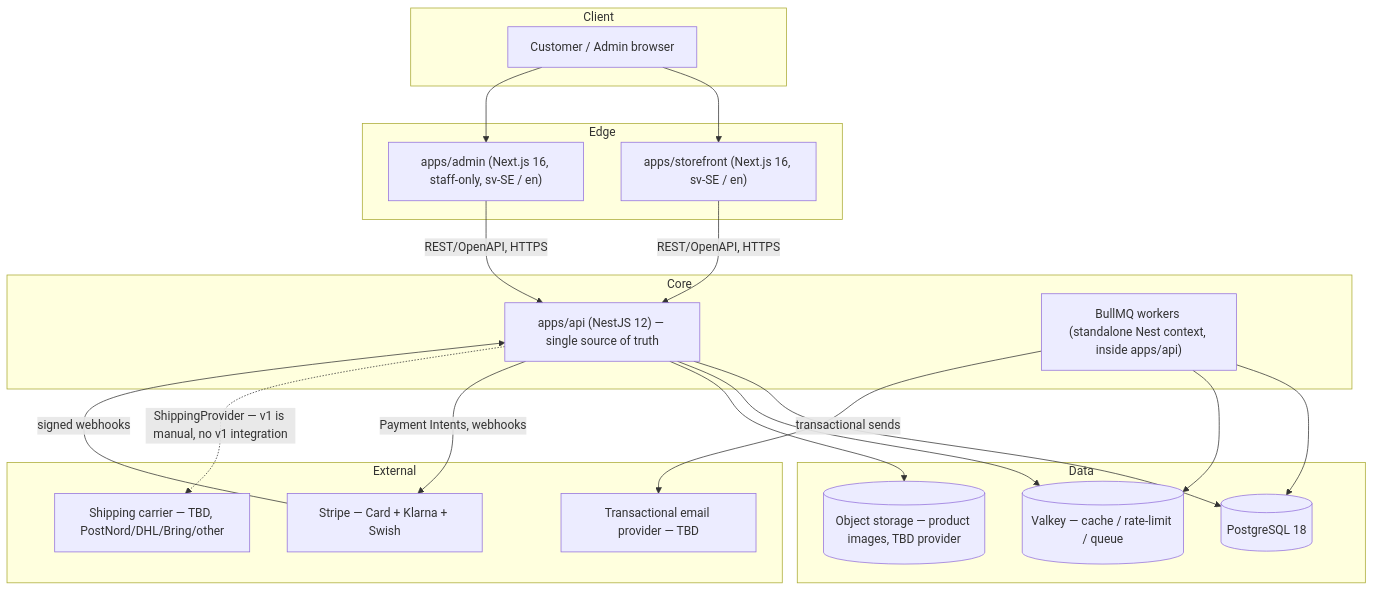
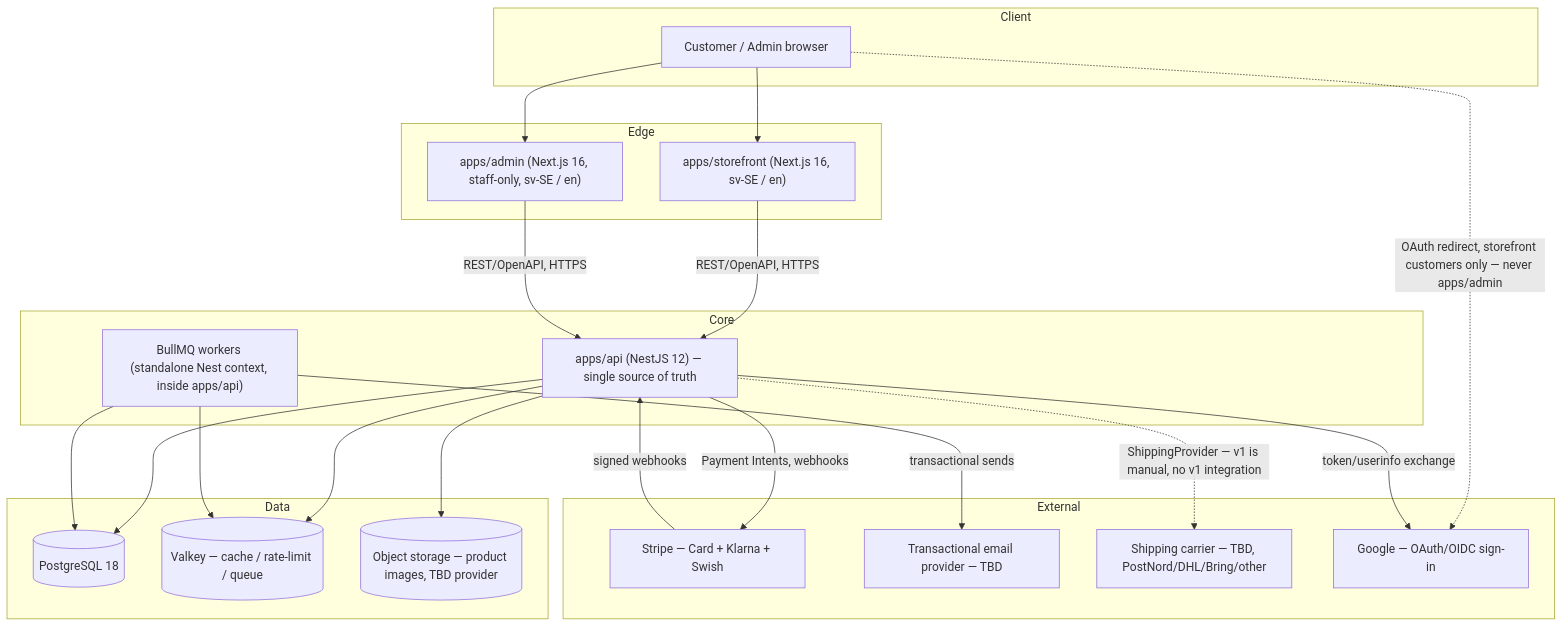
One commit to alaald-2/ame-de-fil changed the diagram in docs/ARCHITECTURE.md. Above: the diagram before and after it, drawn with Mermaid. The commit also changed other lines of this file and 3 other files, not shown here.

First line of the commit message:
docs: synchronize security and architecture documentation

````diff
--- a/docs/ARCHITECTURE.md
+++ b/docs/ARCHITECTURE.md
@@ -7,42 +7,45 @@
 ```mermaid
 flowchart TB
     subgraph Client
         Browser[Customer / Admin browser]
     end
 
     subgraph Edge
         SF["apps/storefront (Next.js 16, sv-SE / en)"]
         AD["apps/admin (Next.js 16, staff-only, sv-SE / en)"]
     end
 
     subgraph Core
         API["apps/api (NestJS 12) — single source of truth"]
         Worker["BullMQ workers (standalone Nest context, inside apps/api)"]
     end
 
     subgraph Data
         PG[(PostgreSQL 18)]
         Valkey[(Valkey — cache / rate-limit / queue)]
         Blob[(Object storage — product images, TBD provider)]
     end
 
     subgraph External
         Stripe[Stripe — Card + Klarna + Swish]
         Email[Transactional email provider — TBD]
         Carrier[Shipping carrier — TBD, PostNord/DHL/Bring/other]
+        Google[Google — OAuth/OIDC sign-in]
     end
 
     Browser --> SF
     Browser --> AD
     SF -- REST/OpenAPI, HTTPS --> API
     AD -- REST/OpenAPI, HTTPS --> API
     API --> PG
     API --> Valkey
     API --> Blob
     API -- Payment Intents, webhooks --> Stripe
     Worker --> PG
     Worker --> Valkey
     Worker -- transactional sends --> Email
     Stripe -- signed webhooks --> API
     API -.->|"ShippingProvider — v1 is manual, no v1 integration"| Carrier
+    Browser -.->|"OAuth redirect, storefront customers only — never apps/admin"| Google
+    API -- token/userinfo exchange --> Google
 ```
````
